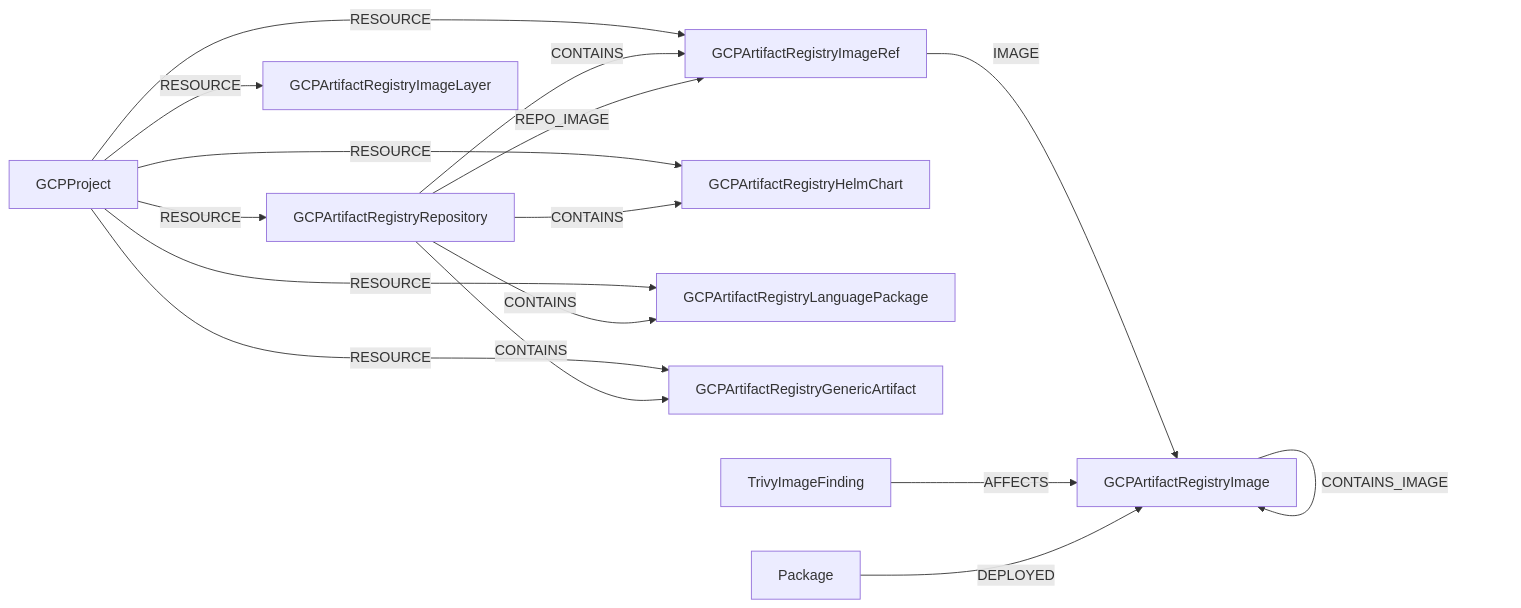
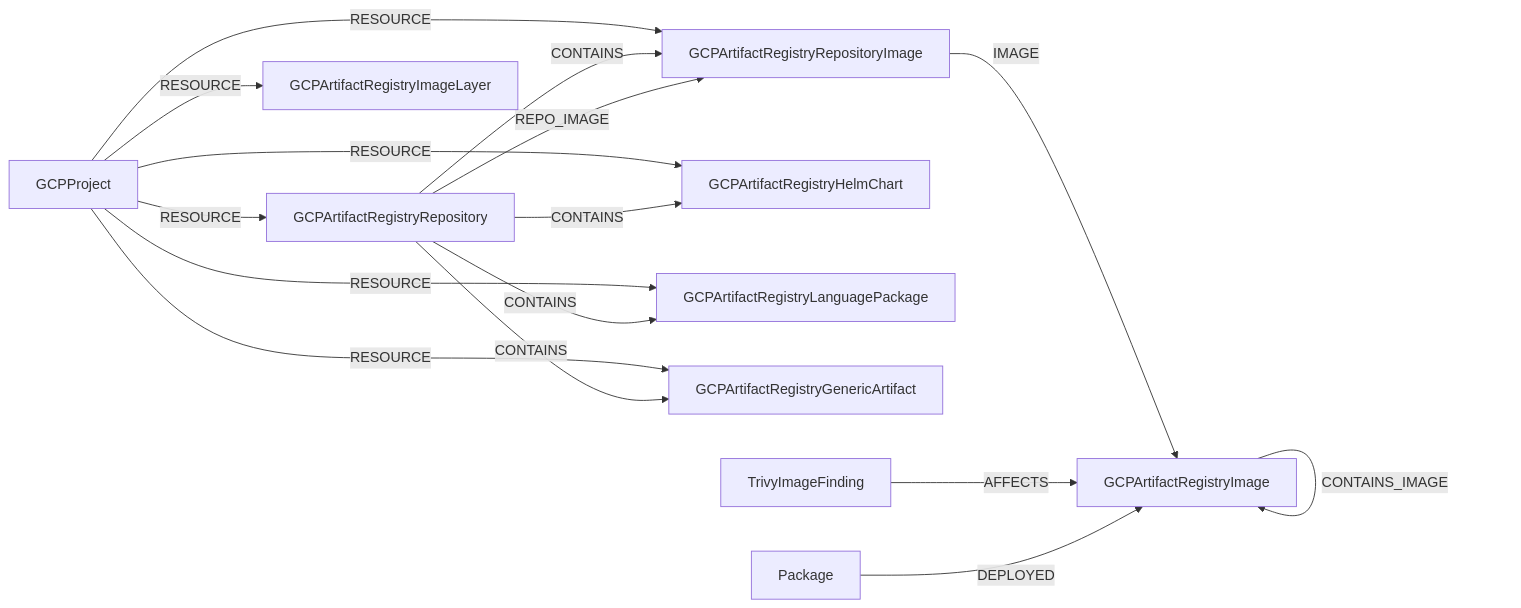
One commit to cartography-cncf/cartography changed the first of 2 diagrams in docs/root/modules/gcp/schema.md. Above: the diagram before and after it, drawn with Mermaid. The commit also changed other lines of this file and 10 other files, not shown here.

Commit message:
refactor(gcp): rename Artifact Registry repository images

````diff
--- a/docs/root/modules/gcp/schema.md
+++ b/docs/root/modules/gcp/schema.md
@@ -1595,29 +1595,29 @@
 ```mermaid
 graph LR
     Project[GCPProject]
     Repository[GCPArtifactRegistryRepository]
-    ImageRef[GCPArtifactRegistryImageRef]
+    RepositoryImage[GCPArtifactRegistryRepositoryImage]
     Image[GCPArtifactRegistryImage]
     HelmChart[GCPArtifactRegistryHelmChart]
     LanguagePackage[GCPArtifactRegistryLanguagePackage]
     GenericArtifact[GCPArtifactRegistryGenericArtifact]
     ImageLayer[GCPArtifactRegistryImageLayer]
     TrivyFinding[TrivyImageFinding]
     Package[Package]
 
     Project -->|RESOURCE| Repository
-    Project -->|RESOURCE| ImageRef
+    Project -->|RESOURCE| RepositoryImage
     Project -->|RESOURCE| HelmChart
     Project -->|RESOURCE| LanguagePackage
     Project -->|RESOURCE| GenericArtifact
     Project -->|RESOURCE| ImageLayer
-    Repository -->|CONTAINS| ImageRef
-    Repository -->|REPO_IMAGE| ImageRef
+    Repository -->|CONTAINS| RepositoryImage
+    Repository -->|REPO_IMAGE| RepositoryImage
     Repository -->|CONTAINS| HelmChart
     Repository -->|CONTAINS| LanguagePackage
     Repository -->|CONTAINS| GenericArtifact
-    ImageRef -->|IMAGE| Image
+    RepositoryImage -->|IMAGE| Image
     Image -->|CONTAINS_IMAGE| Image
     TrivyFinding -->|AFFECTS| Image
     Package -->|DEPLOYED| Image
 ```
````
